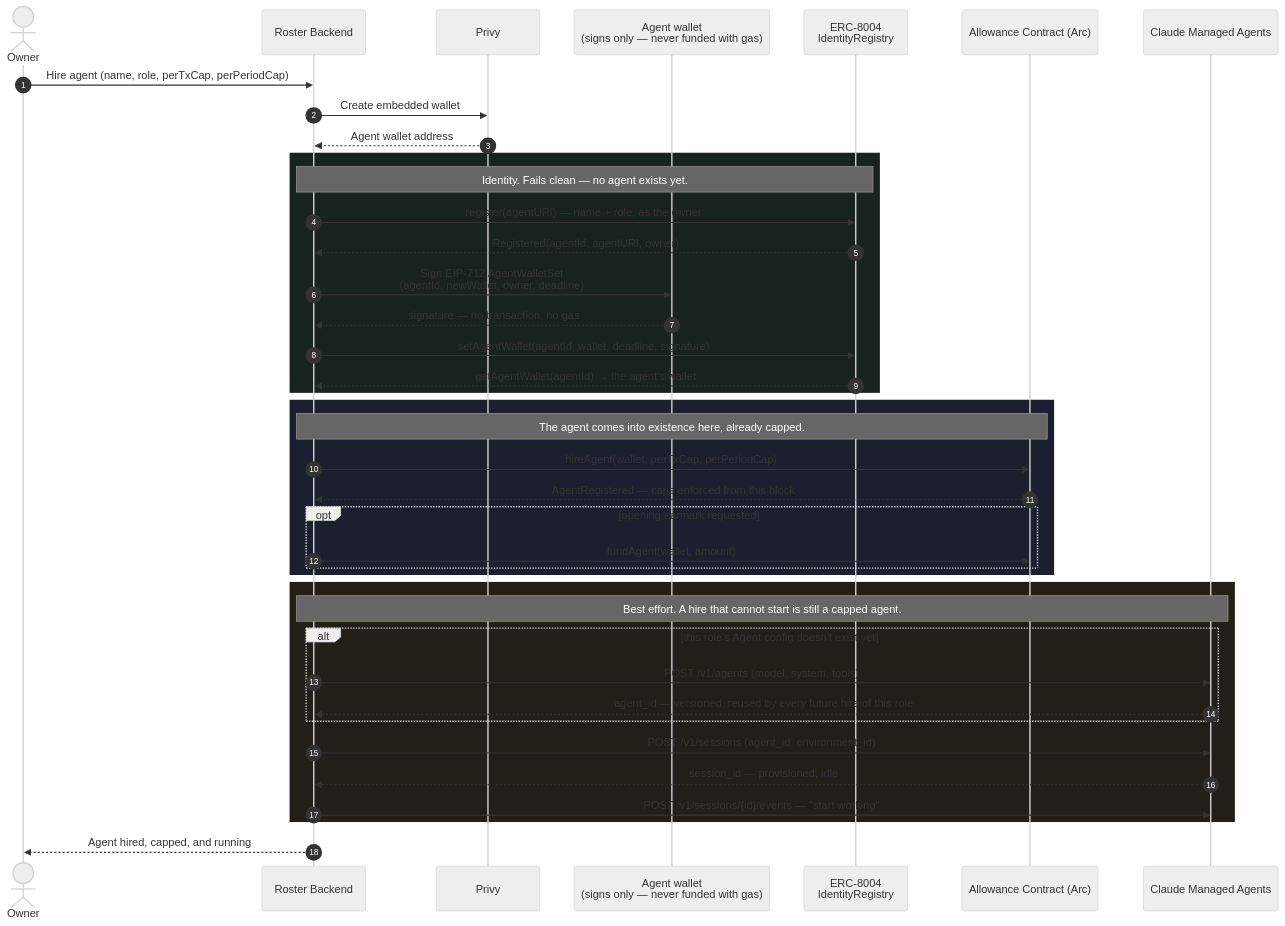
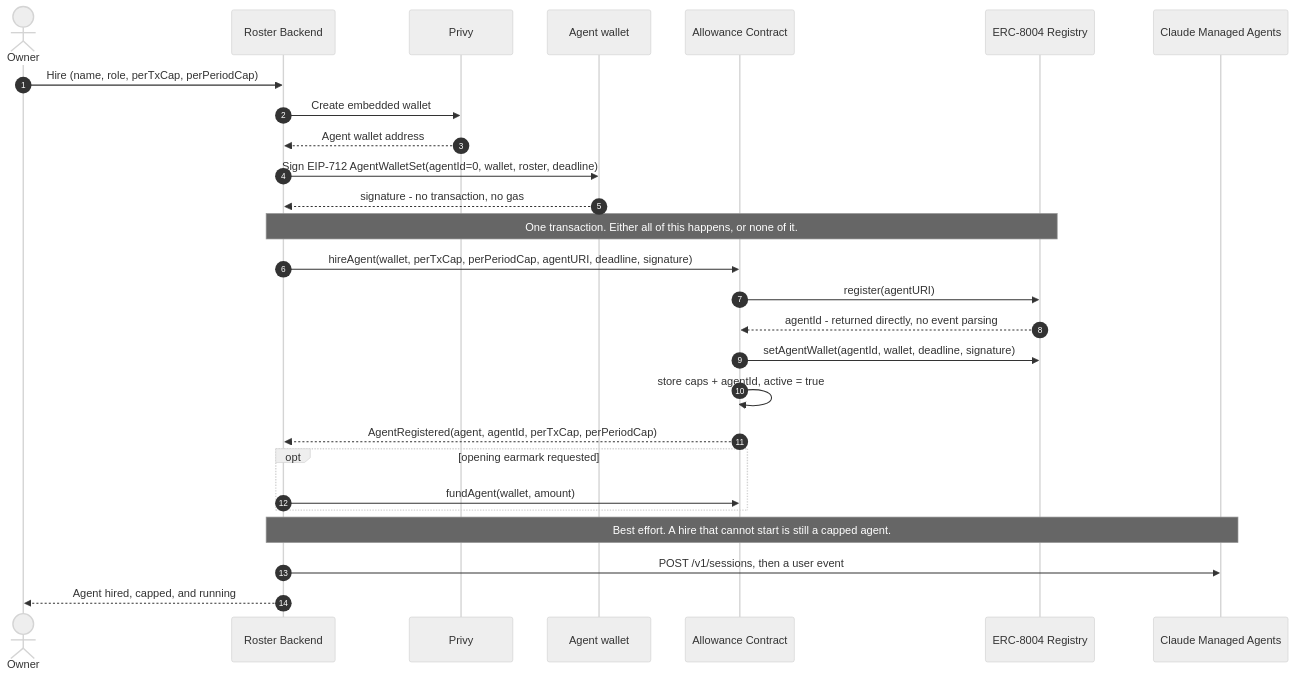
One commit to aiagentdev-1990/bursar changed the second of 7 diagrams in docs/TECH-DESIGN.md. Above: the diagram before and after it, drawn with Mermaid (neutral theme). The commit also changed other lines of this file, not shown here.

First line of the commit message:
Redesign §4.1: the Roster mints and holds agent identities itself

````diff
--- a/docs/TECH-DESIGN.md
+++ b/docs/TECH-DESIGN.md
@@ -121,48 +100,33 @@
 ```mermaid
 sequenceDiagram
     autonumber
     actor Owner
     participant Backend as Roster Backend
     participant Privy
-    participant Wallet as Agent wallet<br/>(signs only — never funded with gas)
-    participant Registry as ERC-8004<br/>IdentityRegistry
-    participant Contract as Allowance Contract (Arc)
+    participant Wallet as Agent wallet
+    participant Roster as Allowance Contract
+    participant Registry as ERC-8004 Registry
     participant Claude as Claude Managed Agents
 
-    Owner->>Backend: Hire agent (name, role, perTxCap, perPeriodCap)
-
+    Owner->>Backend: Hire (name, role, perTxCap, perPeriodCap)
     Backend->>Privy: Create embedded wallet
     Privy-->>Backend: Agent wallet address
+    Backend->>Wallet: Sign EIP-712 AgentWalletSet(agentId=0, wallet, roster, deadline)
+    Wallet-->>Backend: signature - no transaction, no gas
 
-    rect rgb(24, 34, 30)
-        Note over Backend,Registry: Identity. Fails clean — no agent exists yet.
-        Backend->>Registry: register(agentURI) — name + role, as the owner
-        Registry-->>Backend: Registered(agentId, agentURI, owner)
-        Backend->>Wallet: Sign EIP-712 AgentWalletSet<br/>(agentId, newWallet, owner, deadline)
-        Wallet-->>Backend: signature — no transaction, no gas
-        Backend->>Registry: setAgentWallet(agentId, wallet, deadline, signature)
-        Registry-->>Backend: getAgentWallet(agentId) → the agent's wallet
+    Note over Backend,Registry: One transaction. Either all of this happens, or none of it.
+    Backend->>Roster: hireAgent(wallet, perTxCap, perPeriodCap, agentURI, deadline, signature)
+    Roster->>Registry: register(agentURI)
+    Registry-->>Roster: agentId - returned directly, no event parsing
+    Roster->>Registry: setAgentWallet(agentId, wallet, deadline, signature)
+    Roster->>Roster: store caps + agentId, active = true
+    Roster-->>Backend: AgentRegistered(agent, agentId, perTxCap, perPeriodCap)
+
+    opt opening earmark requested
+        Backend->>Roster: fundAgent(wallet, amount)
     end
 
-    rect rgb(28, 32, 46)
-        Note over Backend,Contract: The agent comes into existence here, already capped.
-        Backend->>Contract: hireAgent(wallet, perTxCap, perPeriodCap)
-        Contract-->>Backend: AgentRegistered — caps enforced from this block
-        opt opening earmark requested
-            Backend->>Contract: fundAgent(wallet, amount)
-        end
-    end
-
-    rect rgb(34, 30, 24)
-        Note over Backend,Claude: Best effort. A hire that cannot start is still a capped agent.
-        alt this role's Agent config doesn't exist yet
-            Backend->>Claude: POST /v1/agents (model, system, tools)
-            Claude-->>Backend: agent_id — versioned, reused by every future hire of this role
-        end
-        Backend->>Claude: POST /v1/sessions (agent_id, environment_id)
-        Claude-->>Backend: session_id — provisioned, idle
-        Backend->>Claude: POST /v1/sessions/{id}/events — "start working"
-    end
-
+    Note over Backend,Claude: Best effort. A hire that cannot start is still a capped agent.
+    Backend->>Claude: POST /v1/sessions, then a user event
     Backend-->>Owner: Agent hired, capped, and running
 ```
````
